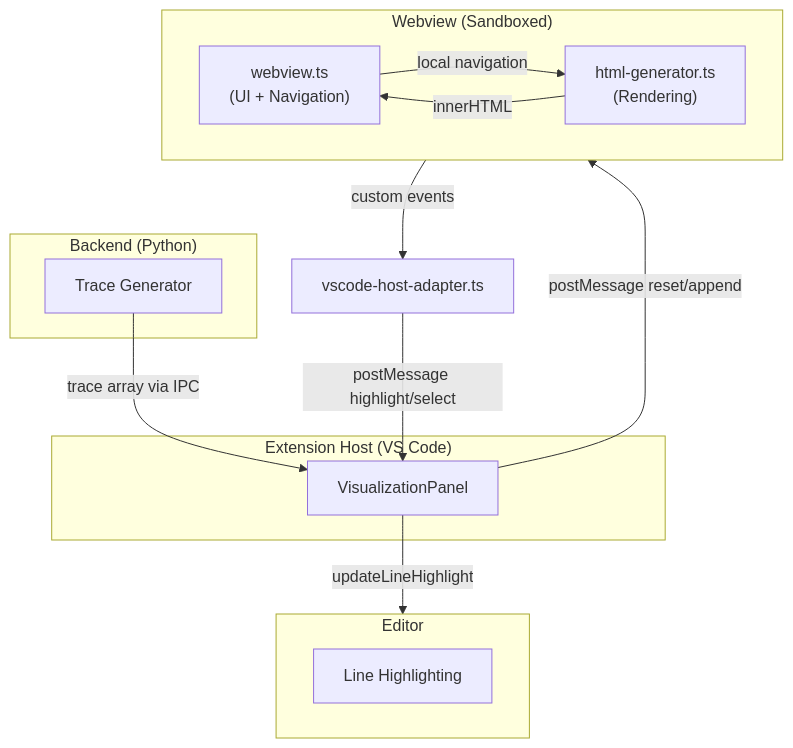
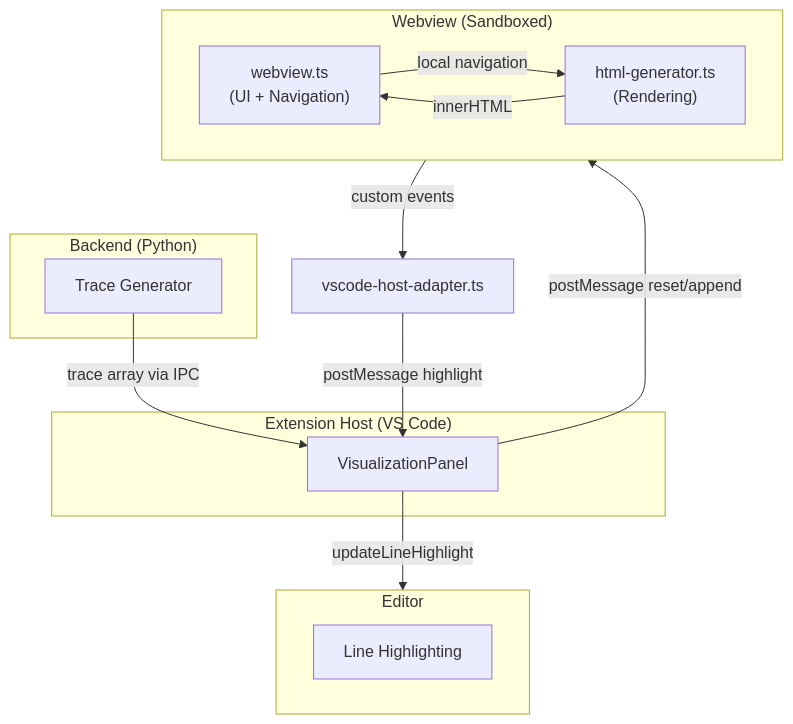
Before and after one commit to skogsbaer/write-your-python-program: the diagram in src/programflow-visualization/README.md, drawn with Mermaid. The commit also changed other lines of this file and 4 other files, not shown here.

````diff
--- a/src/programflow-visualization/README.md
+++ b/src/programflow-visualization/README.md
@@ -20,29 +20,29 @@
 ```mermaid
 graph TB
     subgraph backend["Backend (Python)"]
         trace["Trace Generator"]
     end
     
     subgraph extension["Extension Host (VS Code)"]
         panel["VisualizationPanel"]
     end
     
     subgraph webview["Webview (Sandboxed)"]
         ui["webview.ts<br/>(UI + Navigation)"]
         gen["html-generator.ts<br/>(Rendering)"]
     end
     
     subgraph editor["Editor"]
         highlight["Line Highlighting"]
     end
     
     trace -->|trace array via IPC| panel
     panel -->|postMessage reset/append| webview
     
     webview -->|custom events| adapter["vscode-host-adapter.ts"]
-    adapter -->|postMessage highlight/select| panel
+    adapter -->|postMessage highlight| panel
     panel -->|updateLineHighlight| editor
     
     ui -->|local navigation| gen
     gen -->|innerHTML| ui
 ```
````
